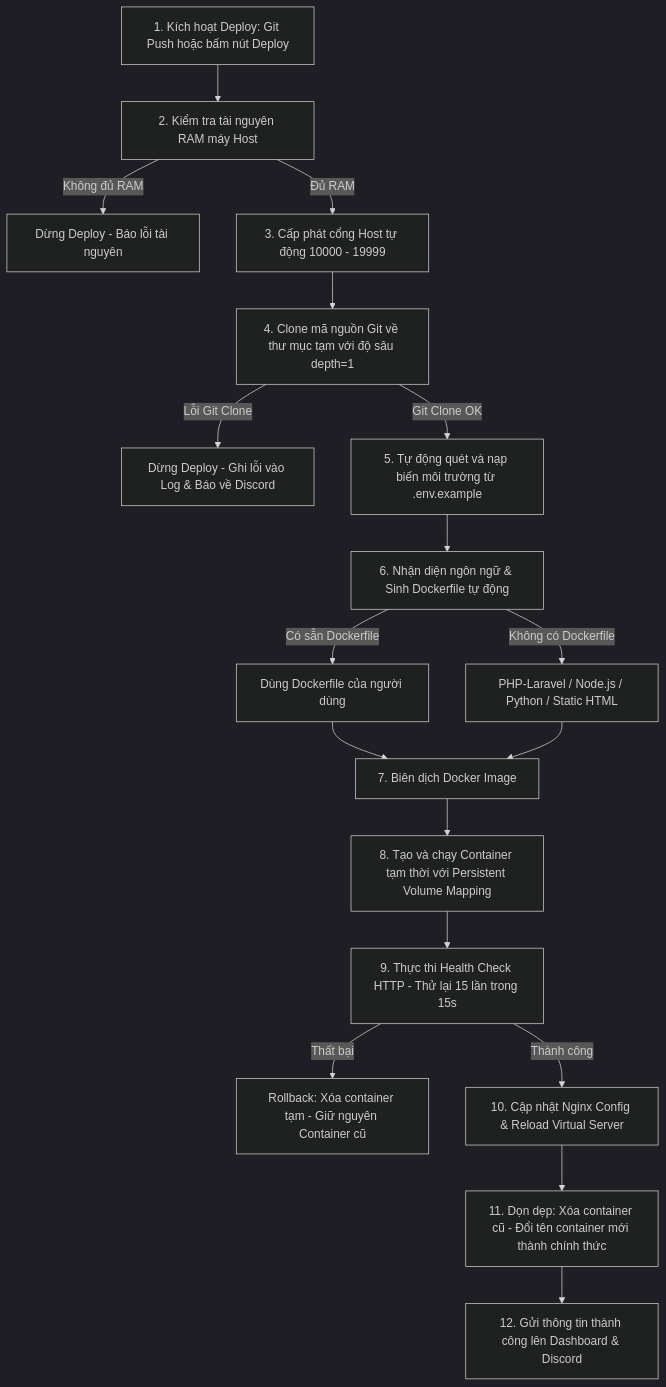
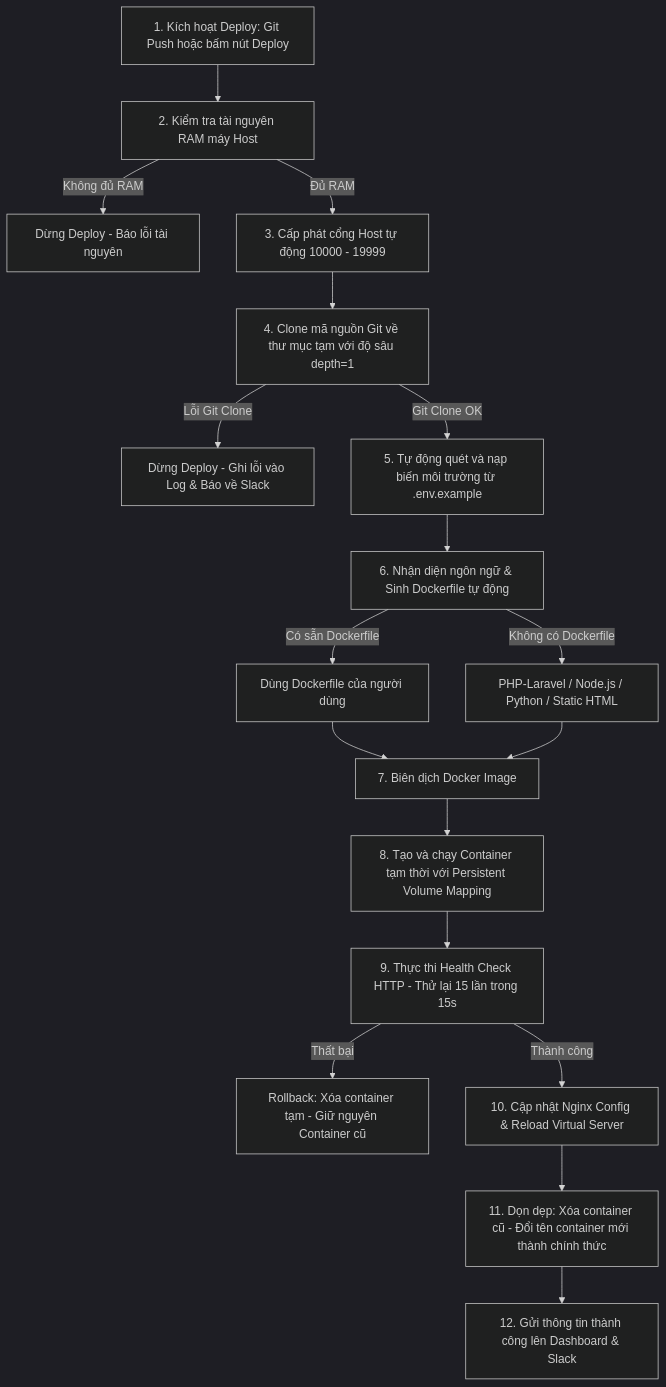
Before and after one commit to minhduy7741/Potato: the third of 3 diagrams in BAO_CAO_TIEN_DO.md, drawn with Mermaid (dark theme). The commit also changed other lines of this file and 52 other files, not shown here.

Commit message:
Fix WebSocket errors, update schema, and UI improvements

````diff
--- a/BAO_CAO_TIEN_DO.md
+++ b/BAO_CAO_TIEN_DO.md
@@ -121,20 +121,20 @@
 ```mermaid
 graph TD
     A[1. Kích hoạt Deploy: Git Push hoặc bấm nút Deploy] --> B[2. Kiểm tra tài nguyên RAM máy Host]
     B -->|Không đủ RAM| C[Dừng Deploy - Báo lỗi tài nguyên]
     B -->|Đủ RAM| D[3. Cấp phát cổng Host tự động 10000 - 19999]
     D --> E[4. Clone mã nguồn Git về thư mục tạm với độ sâu depth=1]
-    E -->|Lỗi Git Clone| F[Dừng Deploy - Ghi lỗi vào Log & Báo về Discord]
+    E -->|Lỗi Git Clone| F[Dừng Deploy - Ghi lỗi vào Log & Báo về Slack]
     E -->|Git Clone OK| G[5. Tự động quét và nạp biến môi trường từ .env.example]
     G --> H[6. Nhận diện ngôn ngữ & Sinh Dockerfile tự động]
     H -->|Có sẵn Dockerfile| I[Dùng Dockerfile của người dùng]
     H -->|Không có Dockerfile| J[PHP-Laravel / Node.js / Python / Static HTML]
     I --> K[7. Biên dịch Docker Image]
     J --> K
     K --> L[8. Tạo và chạy Container tạm thời với Persistent Volume Mapping]
     L --> M[9. Thực thi Health Check HTTP - Thử lại 15 lần trong 15s]
     M -->|Thất bại| N[Rollback: Xóa container tạm - Giữ nguyên Container cũ]
     M -->|Thành công| O[10. Cập nhật Nginx Config & Reload Virtual Server]
     O --> P[11. Dọn dẹp: Xóa container cũ - Đổi tên container mới thành chính thức]
-    P --> Q[12. Gửi thông tin thành công lên Dashboard & Discord]
+    P --> Q[12. Gửi thông tin thành công lên Dashboard & Slack]
 ```
````
